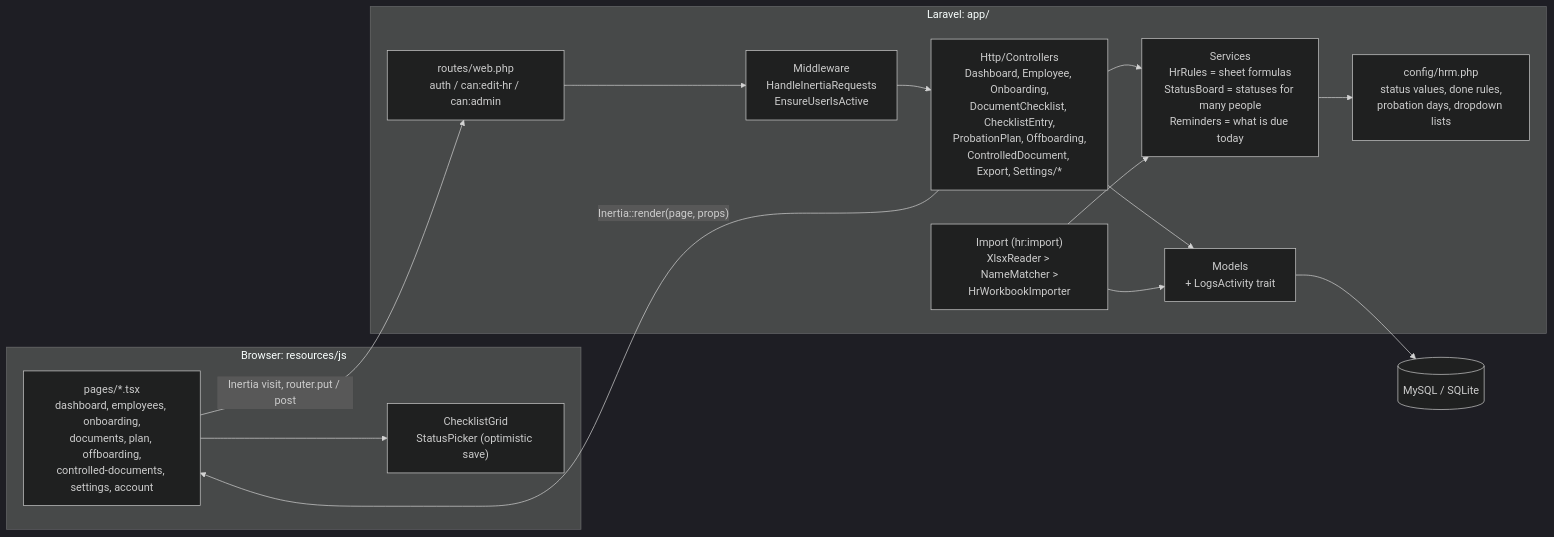
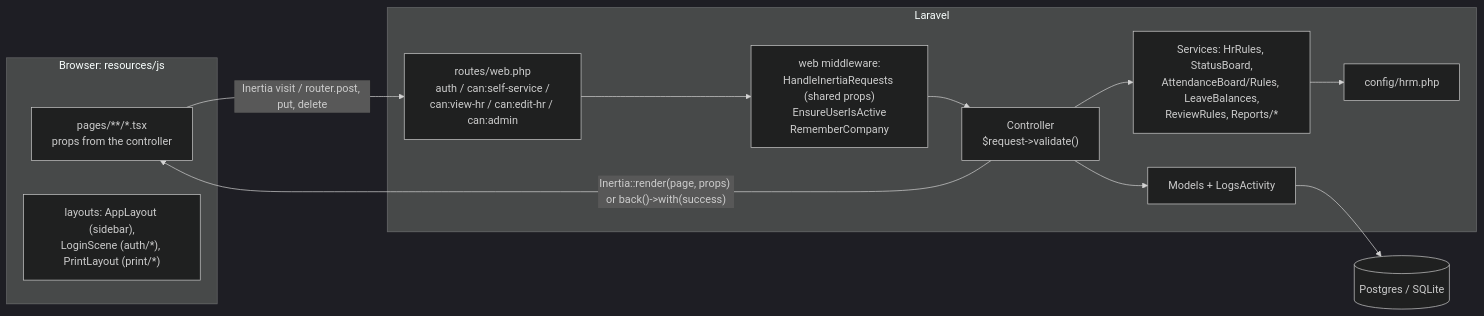
One commit to SpaceMonkeyy01/hrm-system changed the second of 16 diagrams in docs/ARCHITECTURE.md. Above: the diagram before and after it, drawn with Mermaid (dark theme). The commit also changed other lines of this file and 12 other files, not shown here.

First line of the commit message:
Architecture doc rewritten; viewers no longer get CNIC in the CSV

````diff
--- a/docs/ARCHITECTURE.md
+++ b/docs/ARCHITECTURE.md
@@ -38,28 +71,20 @@
 ```mermaid
 flowchart LR
     subgraph FE["Browser: resources/js"]
-        PAGES["pages/*.tsx<br/>dashboard, employees, onboarding,<br/>documents, plan, offboarding,<br/>controlled-documents, settings, account"]
-        GRID["ChecklistGrid<br/>StatusPicker (optimistic save)"]
-        PAGES --> GRID
+        PAGE["pages/**/*.tsx<br/>props from the controller"]
+        LAYOUT["layouts: AppLayout (sidebar),<br/>LoginScene (auth/*), PrintLayout (print/*)"]
     end
-
-    subgraph BE["Laravel: app/"]
-        ROUTES["routes/web.php<br/>auth / can:edit-hr / can:admin"]
-        MW["Middleware<br/>HandleInertiaRequests<br/>EnsureUserIsActive"]
-        CTRL["Http/Controllers<br/>Dashboard, Employee, Onboarding,<br/>DocumentChecklist, ChecklistEntry,<br/>ProbationPlan, Offboarding,<br/>ControlledDocument, Export, Settings/*"]
-        SVC["Services<br/>HrRules = sheet formulas<br/>StatusBoard = statuses for many people<br/>Reminders = what is due today"]
-        CFG["config/hrm.php<br/>status values, done rules,<br/>probation days, dropdown lists"]
-        MODELS["Models<br/>+ LogsActivity trait"]
-        IMPORT["Import (hr:import)<br/>XlsxReader > NameMatcher ><br/>HrWorkbookImporter"]
+    subgraph BE["Laravel"]
+        ROUTE["routes/web.php<br/>auth / can:self-service /<br/>can:view-hr / can:edit-hr / can:admin"]
+        MW["web middleware:<br/>HandleInertiaRequests (shared props)<br/>EnsureUserIsActive<br/>RememberCompany"]
+        CTRL["Controller<br/>$request->validate()"]
+        RULES["Services: HrRules, StatusBoard,<br/>AttendanceBoard/Rules, LeaveBalances,<br/>ReviewRules, Reports/*"]
+        CFG["config/hrm.php"]
+        MODEL["Models + LogsActivity"]
     end
-
-    DB[("MySQL / SQLite")]
-
-    PAGES -- "Inertia visit, router.put / post" --> ROUTES
-    ROUTES --> MW --> CTRL
-    CTRL --> SVC --> CFG
-    CTRL --> MODELS --> DB
-    IMPORT --> MODELS
-    IMPORT --> SVC
-    CTRL -- "Inertia::render(page, props)" --> PAGES
+    DB[("Postgres / SQLite")]
+    PAGE -- "Inertia visit / router.post, put, delete" --> ROUTE --> MW --> CTRL
+    CTRL --> RULES --> CFG
+    CTRL --> MODEL --> DB
+    CTRL -- "Inertia::render(page, props) or back()->with(success)" --> PAGE
 ```
````
